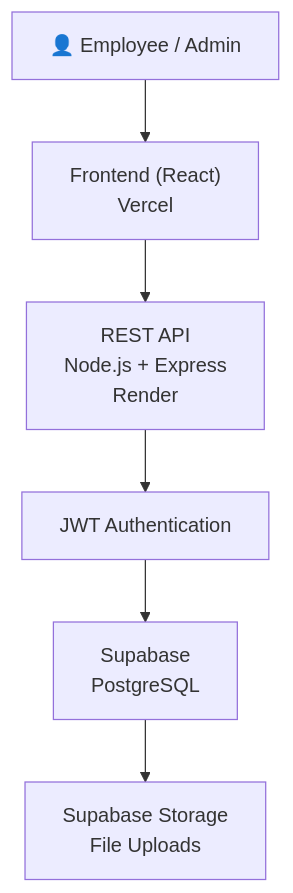
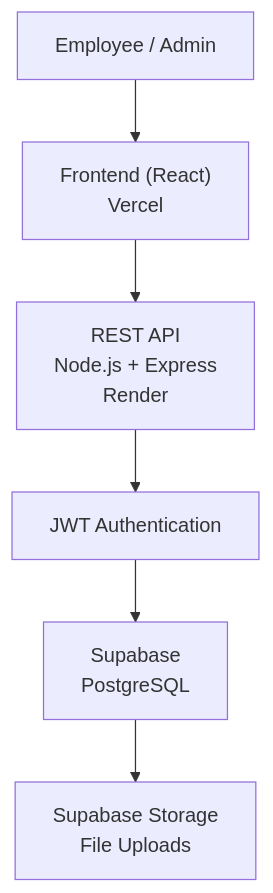
Before and after one commit to neerajcoder1/employee-leave-manager: the diagram in README.md, drawn with Mermaid. The commit also changed other lines of this file, not shown here.

Commit message:
Update System Architecture header formatting
Removed emoji from the System Architecture section header.

````diff
--- a/README.md
+++ b/README.md
@@ -54,16 +54,16 @@
 ```mermaid
 flowchart TD
 
-    User["👤 Employee / Admin"]
+    User[" Employee / Admin"]
 
     User --> FE["Frontend (React)<br/>Vercel"]
 
     FE --> API["REST API<br/>Node.js + Express<br/>Render"]
 
     API --> JWT["JWT Authentication"]
 
     JWT --> DB["Supabase<br/>PostgreSQL"]
 
     DB --> STORAGE["Supabase Storage<br/>File Uploads"]
 
 ```
````
